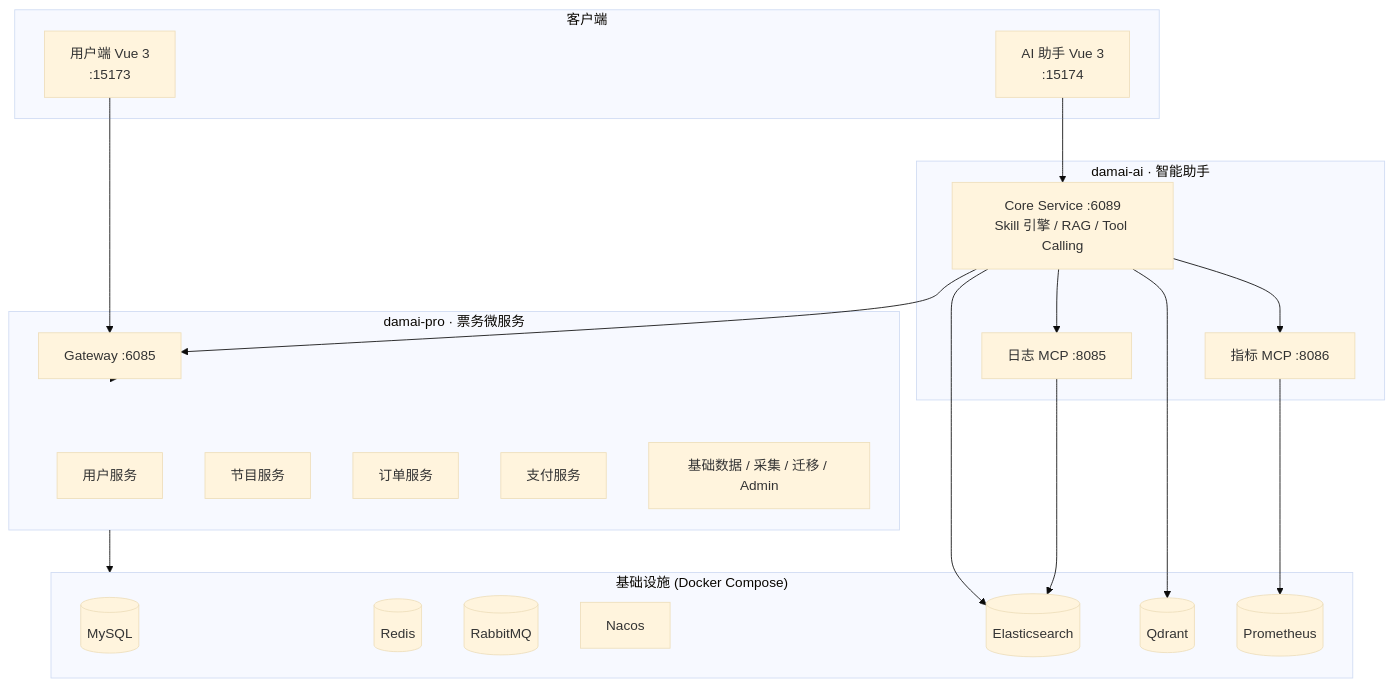
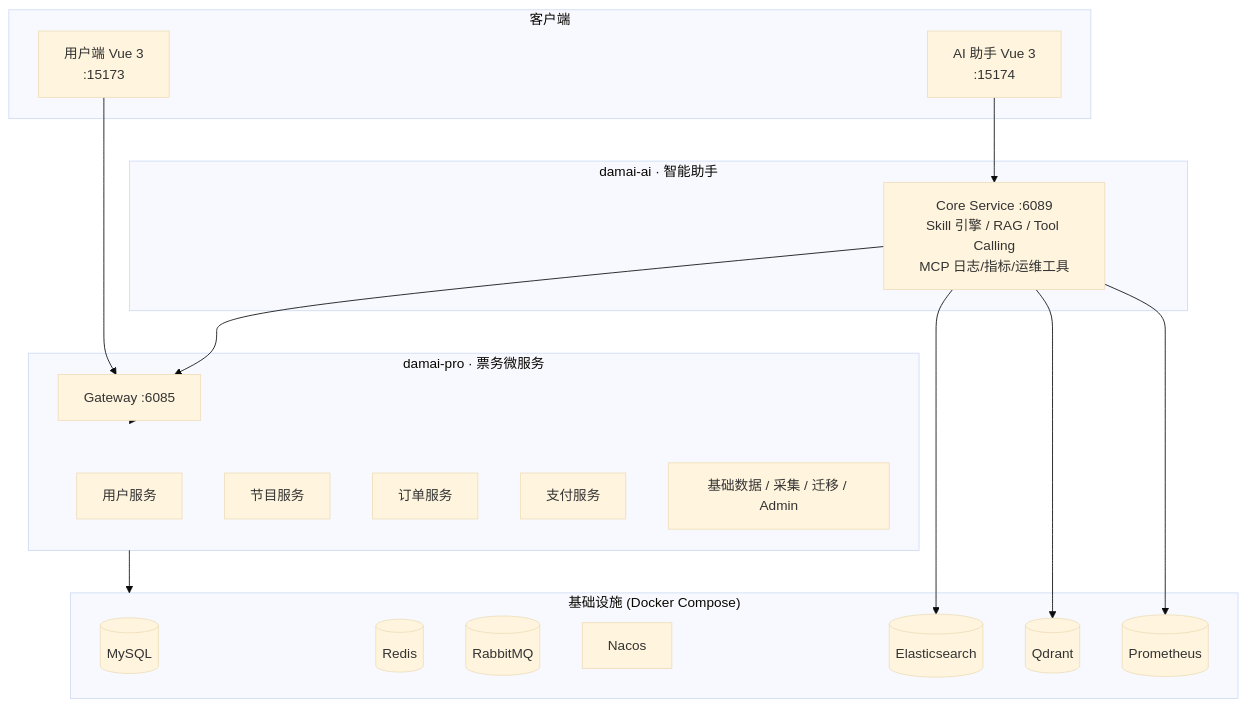
Before and after one commit to LittleSongxx/damai: the diagram in README.md, drawn with Mermaid (base theme). The commit also changed other lines of this file and 5 other files, not shown here.

Commit message:
chore: sync project docs with current codebase — fix MCP architecture, module counts, and broken links

````diff
--- a/README.md
+++ b/README.md
@@ -11,44 +11,39 @@
 ```mermaid
 graph TB
     subgraph Clients["客户端"]
         ProVue[用户端 Vue 3<br/>:15173]
         AIVue[AI 助手 Vue 3<br/>:15174]
     end
 
     subgraph AI["damai-ai · 智能助手"]
-        AICore[Core Service :6089<br/>Skill 引擎 / RAG / Tool Calling]
-        MCPLog[日志 MCP :8085]
-        MCPMetrics[指标 MCP :8086]
+        AICore[Core Service :6089<br/>Skill 引擎 / RAG / Tool Calling<br/>MCP 日志/指标/运维工具]
     end
 
     subgraph Pro["damai-pro · 票务微服务"]
         Gateway[Gateway :6085]
         UserSvc[用户服务]
         ProgramSvc[节目服务]
         OrderSvc[订单服务]
         PaySvc[支付服务]
         Others[基础数据 / 采集 / 迁移 / Admin]
     end
 
     subgraph Infra["基础设施 (Docker Compose)"]
         MySQL[(MySQL)]
         Redis[(Redis)]
         RabbitMQ[(RabbitMQ)]
         Nacos[Nacos]
         ES[(Elasticsearch)]
         Qdrant[(Qdrant)]
         Prometheus[(Prometheus)]
     end
 
     ProVue --> Gateway
     AIVue --> AICore
     AICore --> Gateway
-    AICore --> MCPLog
-    AICore --> MCPMetrics
     Gateway --> Pro
     Pro --> Infra
     AICore --> Qdrant
     AICore --> ES
-    MCPLog --> ES
-    MCPMetrics --> Prometheus
+    AICore --> Prometheus
 ```
````
